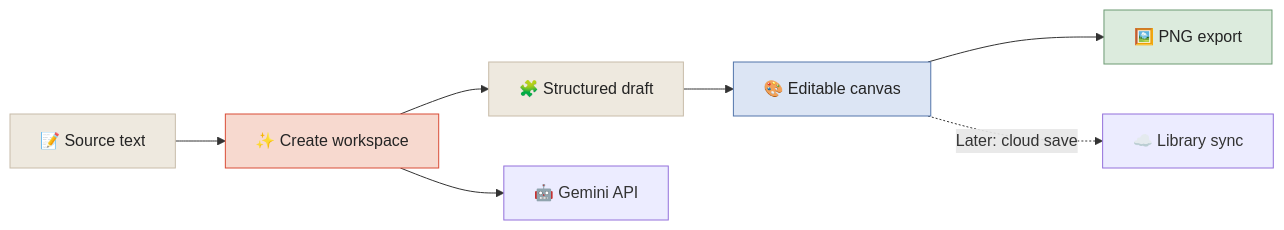
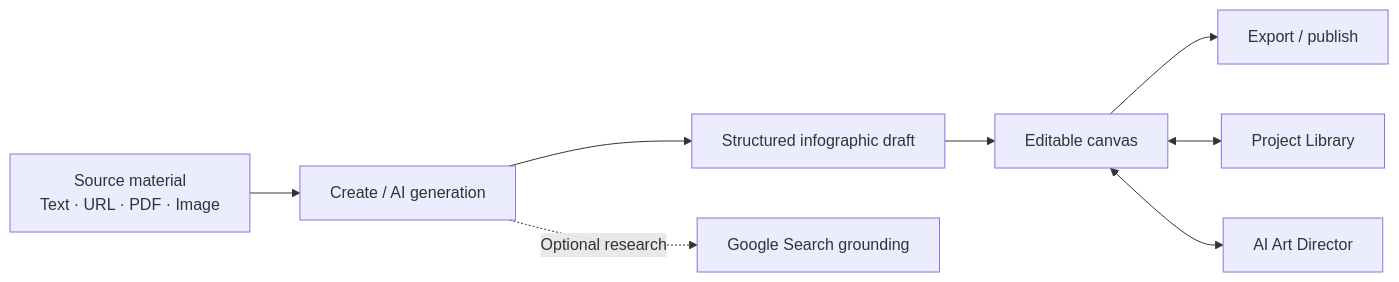
The first of 3 diagrams in README.md (NSKWeb/infocraft-web-), drawn with Mermaid before and after one commit. The commit also changed other lines of this file, not shown here.

````diff
--- a/README.md
+++ b/README.md
@@ -61,14 +80,10 @@
 ```mermaid
 flowchart LR
-    A["📝 Source text"] --> B["✨ Create workspace"]
-    B --> C["🧩 Structured draft"]
-    C --> D["🎨 Editable canvas"]
-    D --> E["🖼️ PNG export"]
-    D -. "Later: cloud save" .-> F["☁️ Library sync"]
-    B --> G["🤖 Gemini API"]
-    style A fill:#eee9df,stroke:#c8bca9,color:#242424
-    style B fill:#f7d9cf,stroke:#d94c36,color:#242424
-    style C fill:#eee9df,stroke:#c8bca9,color:#242424
-    style D fill:#dce5f4,stroke:#5275aa,color:#242424
-    style E fill:#dcebdd,stroke:#6c9a73,color:#242424
+  A["Source material<br/>Text · URL · PDF · Image"] --> B["Create / AI generation"]
+  B --> C["Structured infographic draft"]
+  C --> D["Editable canvas"]
+  D --> E["Export / publish"]
+  D <--> F["Project Library"]
+  D <--> G["AI Art Director"]
+  B -. "Optional research" .-> H["Google Search grounding"]
 ```
````
